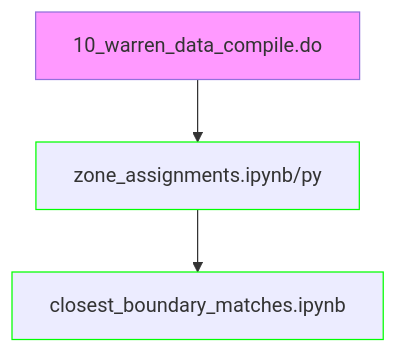
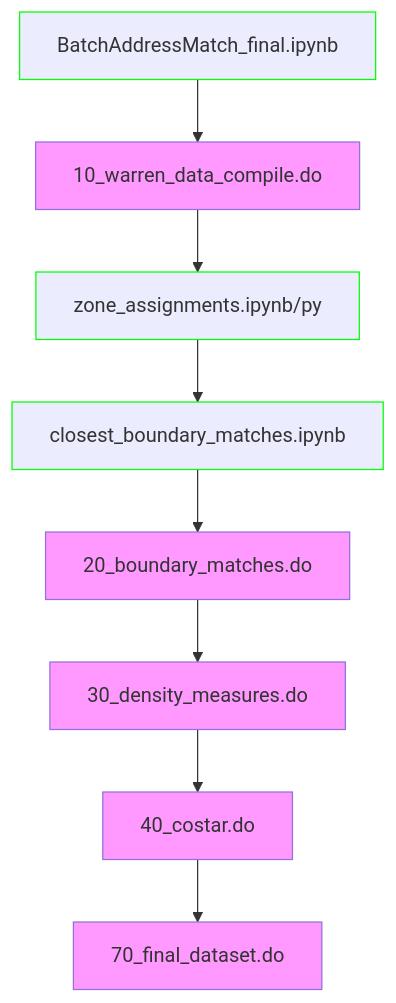
One commit to nchiumenti/boston_zoning changed the first of 5 diagrams in code/data_setup/README.md. Above: the diagram before and after it, drawn with Mermaid.

````diff
--- a/code/data_setup/README.md
+++ b/code/data_setup/README.md
@@ -7,7 +7,9 @@
 ```mermaid
 flowchart TD
     classDef do fill:#f9f
     classDef py stroke:#0f0
-    10_warren_data_compile.do:::do --> zone_assignments.ipynb/py:::py --> closest_boundary_matches.ipynb:::py
+    10_warren_data_compile.do:::do --> zone_assignments.ipynb/py:::py --> closest_boundary_matches.ipynb:::py --> 20_boundary_matches.do:::do --> 30_density_measures.do:::do --> 40_costar.do:::do --> 70_final_dataset.do:::do
+
+BatchAddressMatch_final.ipynb:::py --> 10_warren_data_compile.do:::do
 
 ```
````
